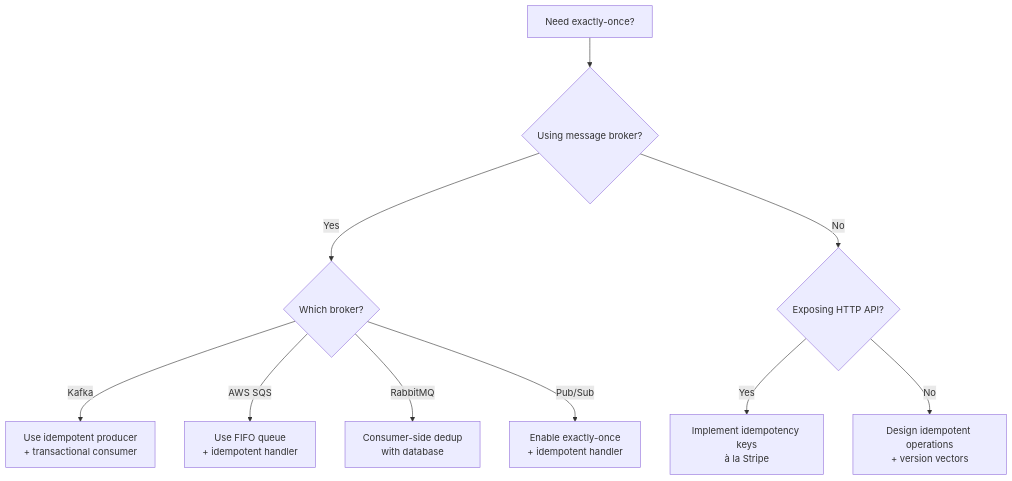
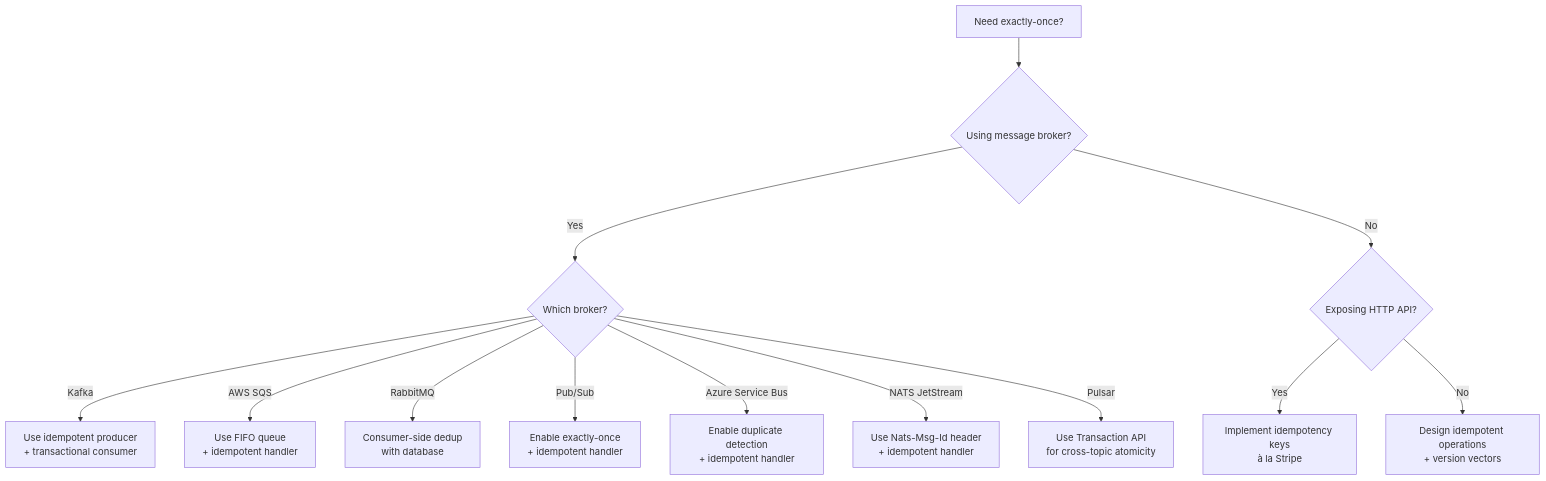
One commit to sujeet-pro/legacy-personal-site changed the fifth of 5 diagrams in v4/content/articles/system-design/core-distributed-patterns/exactly-once-delivery/README.md. Above: the diagram before and after it, drawn with Mermaid. The commit also changed other lines of this file and 26 other files, not shown here.

````diff
--- a/v4/content/articles/system-design/core-distributed-patterns/exactly-once-delivery/README.md
+++ b/v4/content/articles/system-design/core-distributed-patterns/exactly-once-delivery/README.md
@@ -790,14 +1061,17 @@
 ```mermaid
 flowchart TD
     A[Need exactly-once?] --> B{Using message broker?}
     B -->|Yes| C{Which broker?}
     B -->|No| D{Exposing HTTP API?}
 
     C -->|Kafka| E[Use idempotent producer<br/>+ transactional consumer]
     C -->|AWS SQS| F[Use FIFO queue<br/>+ idempotent handler]
     C -->|RabbitMQ| G[Consumer-side dedup<br/>with database]
     C -->|Pub/Sub| H[Enable exactly-once<br/>+ idempotent handler]
+    C -->|Azure Service Bus| I[Enable duplicate detection<br/>+ idempotent handler]
+    C -->|NATS JetStream| J[Use Nats-Msg-Id header<br/>+ idempotent handler]
+    C -->|Pulsar| K[Use Transaction API<br/>for cross-topic atomicity]
 
-    D -->|Yes| I[Implement idempotency keys<br/>à la Stripe]
-    D -->|No| J[Design idempotent operations<br/>+ version vectors]
+    D -->|Yes| L[Implement idempotency keys<br/>à la Stripe]
+    D -->|No| M[Design idempotent operations<br/>+ version vectors]
 ```
````
